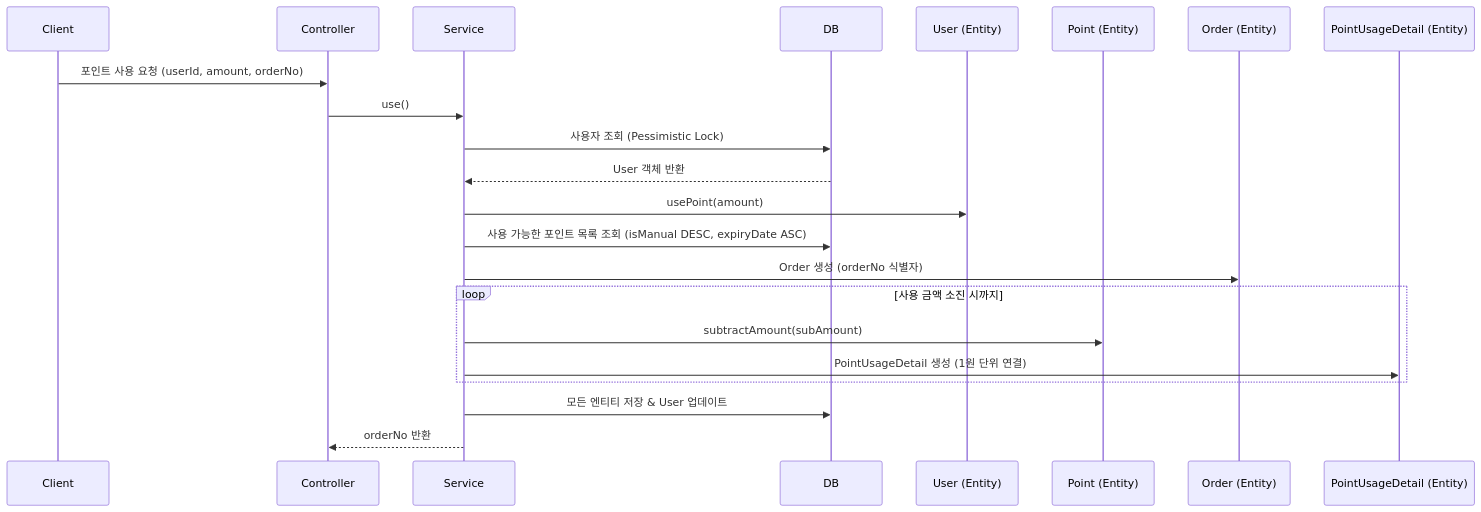
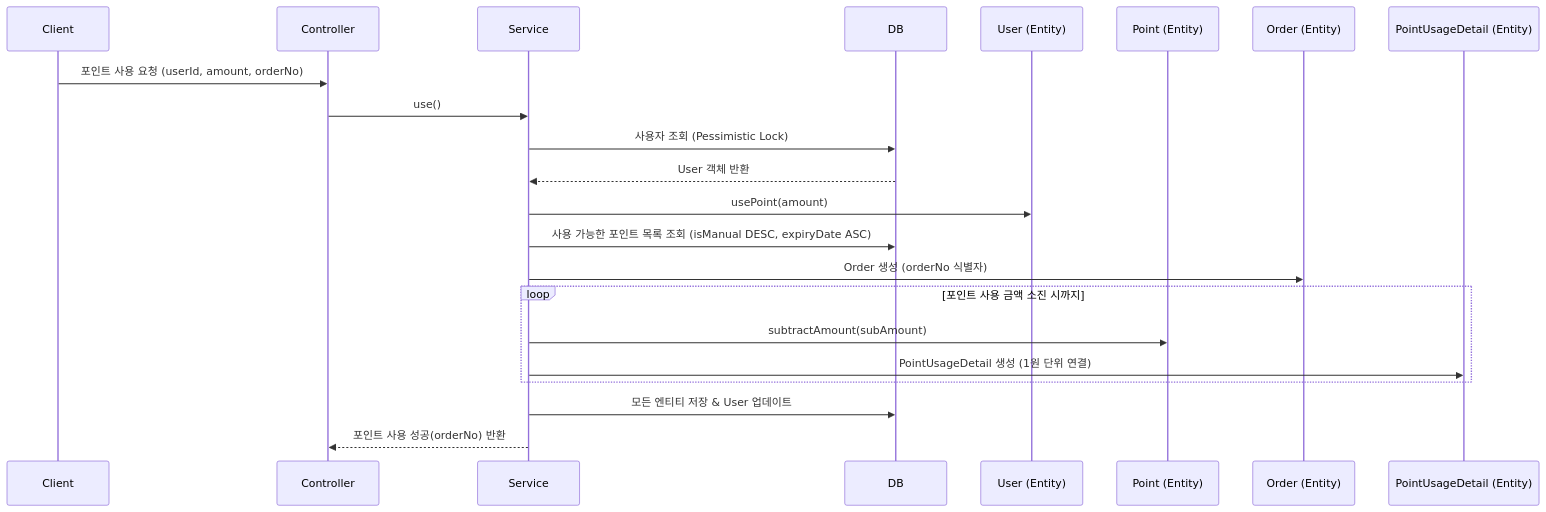
One commit to muzzaiwork/point changed the third of 4 diagrams in README.md. Above: the diagram before and after it, drawn with Mermaid. The commit also changed other lines of this file and 9 other files, not shown here.

````diff
--- a/README.md
+++ b/README.md
@@ -209,25 +263,25 @@
 ```mermaid
 sequenceDiagram
     participant Client
     participant Controller
     participant Service
     participant DB
     participant UserEntity as User (Entity)
     participant PointEntity as Point (Entity)
     participant OrderEntity as Order (Entity)
     participant DetailEntity as PointUsageDetail (Entity)
 
     Client->>Controller: 포인트 사용 요청 (userId, amount, orderNo)
     Controller->>Service: use()
     Service->>DB: 사용자 조회 (Pessimistic Lock)
     DB-->>Service: User 객체 반환
     Service->>UserEntity: usePoint(amount)
     Service->>DB: 사용 가능한 포인트 목록 조회 (isManual DESC, expiryDate ASC)
     Service->>OrderEntity: Order 생성 (orderNo 식별자)
-    loop 사용 금액 소진 시까지
+    loop 포인트 사용 금액 소진 시까지
         Service->>PointEntity: subtractAmount(subAmount)
         Service->>DetailEntity: PointUsageDetail 생성 (1원 단위 연결)
     end
     Service->>DB: 모든 엔티티 저장 & User 업데이트
-    Service-->>Controller: orderNo 반환
+    Service-->>Controller: 포인트 사용 성공(orderNo) 반환
 ```
````
